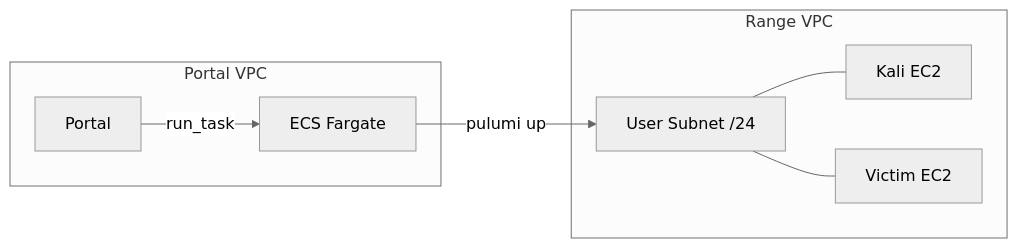
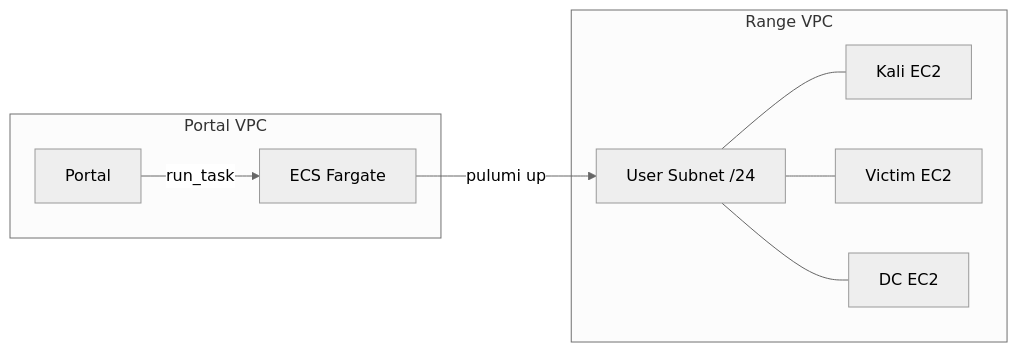
One commit to PaloAltoNetworks/shifter changed the diagram in portal/documentation/docs/execution/index.md. Above: the diagram before and after it, drawn with Mermaid (neutral theme). The commit also changed other lines of this file and 4 other files, not shown here.

````diff
--- a/portal/documentation/docs/execution/index.md
+++ b/portal/documentation/docs/execution/index.md
@@ -15,18 +15,20 @@
 ```mermaid
 flowchart LR
     subgraph PORTAL_VPC["Portal VPC"]
         PORTAL[Portal]
         ECS[ECS Fargate]
     end
 
     subgraph RANGE_VPC["Range VPC"]
         SUBNET[User Subnet /24]
         KALI[Kali EC2]
         VICTIM[Victim EC2]
+        DC[DC EC2]
         SUBNET --- KALI
         SUBNET --- VICTIM
+        SUBNET --- DC
     end
 
     PORTAL -->|run_task| ECS
     ECS -->|pulumi up| SUBNET
 ```
````
